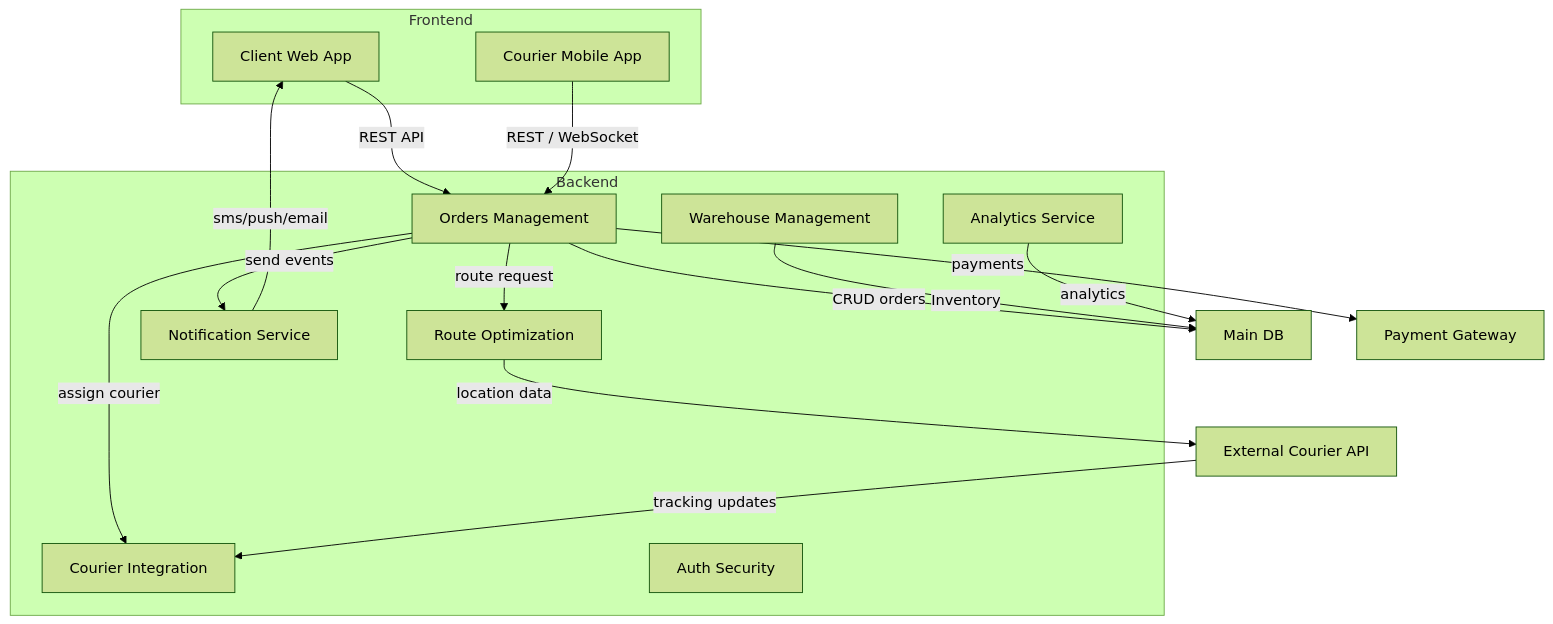
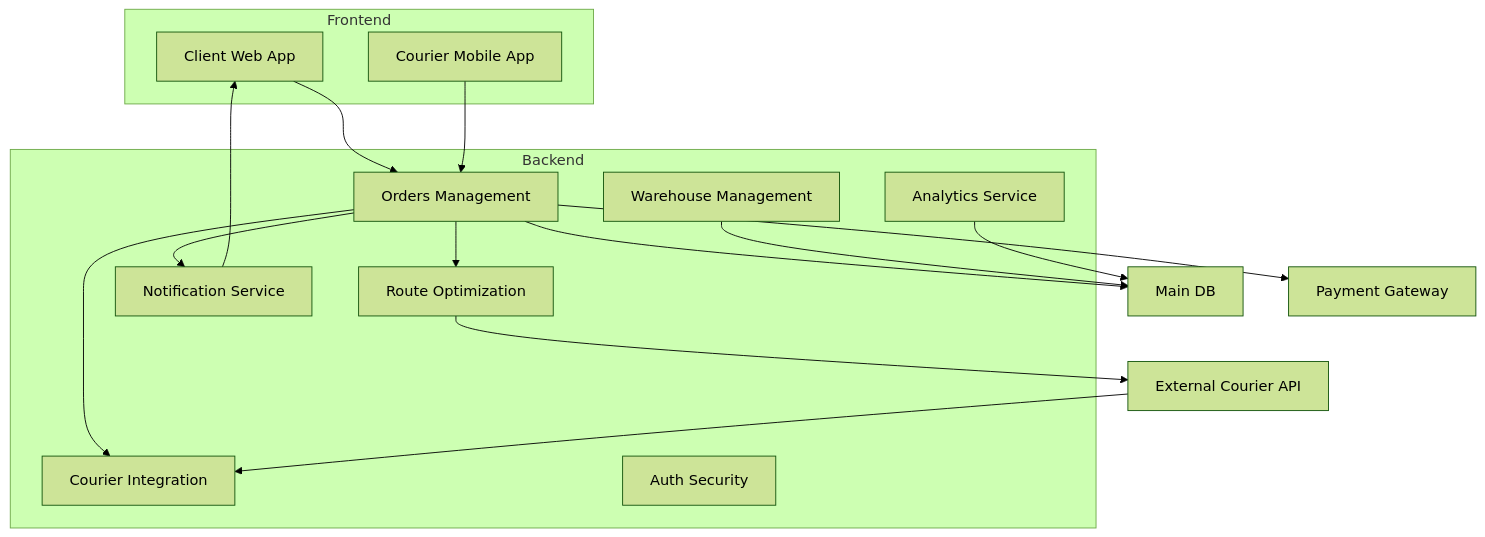
The diagram in diagram2.md (Aidann07/hwork11), drawn with Mermaid (forest theme) before and after one commit.

Commit message:
Refactor diagram syntax for clarity and consistency

````diff
--- a/diagram2.md
+++ b/diagram2.md
@@ -1,40 +1,44 @@
 ```mermaid
 graph TD
+    %% Frontend
     subgraph Frontend
-        ClientWeb[Client Web App]
-        CourierMobile[Courier Mobile App]
+        ClientWeb["Client Web App"]
+        CourierMobile["Courier Mobile App"]
     end
 
+    %% Backend
     subgraph Backend
-        OrdersManagement[Orders Management]
-        WarehouseManagement[Warehouse Management]
-        RouteOptimization[Route Optimization]
-        CourierIntegration[Courier Integration]
-        NotificationService[Notification Service]
-        AnalyticsService[Analytics Service]
-        AuthSecurity[Auth Security]
+        OrdersManagement["Orders Management"]
+        WarehouseManagement["Warehouse Management"]
+        RouteOptimization["Route Optimization"]
+        CourierIntegration["Courier Integration"]
+        NotificationService["Notification Service"]
+        AnalyticsService["Analytics Service"]
+        AuthSecurity["Auth Security"]
     end
 
-    DB[Main DB]
+    %% Database and external actors
+    DB["Main DB"]
     CourierAPI["External Courier API"]
     PaymentAPI["Payment Gateway"]
 
-    ClientWeb -->|"REST API"| OrdersManagement
-    CourierMobile -->|"REST / WebSocket"| OrdersManagement
+    %% Connections
+    ClientWeb --> OrdersManagement
+    CourierMobile --> OrdersManagement
 
-    OrdersManagement -->|"CRUD orders"| DB
-    WarehouseManagement -->|"Inventory"| DB
+    OrdersManagement --> DB
+    WarehouseManagement --> DB
 
-    OrdersManagement -->|"route request"| RouteOptimization
-    RouteOptimization -->|"location data"| CourierAPI
+    OrdersManagement --> RouteOptimization
+    RouteOptimization --> CourierAPI
 
-    OrdersManagement -->|"assign courier"| CourierIntegration
-    CourierAPI -->|"tracking updates"| CourierIntegration
+    OrdersManagement --> CourierIntegration
+    CourierAPI --> CourierIntegration
 
-    OrdersManagement -->|"send events"| NotificationService
-    NotificationService -->|"sms/push/email"| ClientWeb
+    OrdersManagement --> NotificationService
+    NotificationService --> ClientWeb
 
-    AnalyticsService -->|"analytics"| DB
-    OrdersManagement -->|"payments"| PaymentAPI
+    AnalyticsService --> DB
+    OrdersManagement --> PaymentAPI
 
 ```
````
